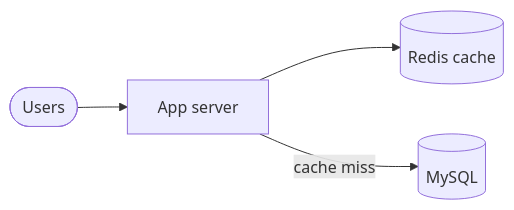
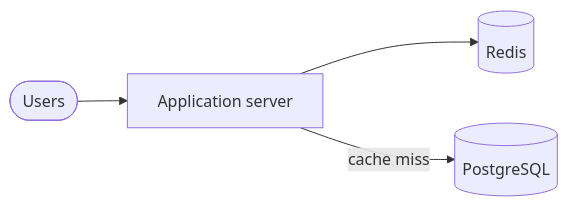
One commit to adnanrahin/adnanrahin.github.io changed the eighth of 11 diagrams in _system_design/scalability.md. Above: the diagram before and after it, drawn with Mermaid. The commit also changed other lines of this file and 3 other files, not shown here.

````diff
--- a/_system_design/scalability.md
+++ b/_system_design/scalability.md
@@ -285,6 +260,6 @@
 ```mermaid
 flowchart LR
-    Users([Users]) --> App[App server]
-    App --> Redis[(Redis cache)]
-    App -->|cache miss| MySQL[(MySQL)]
+    Diners([Users]) --> App[Application server]
+    App --> Redis[(Redis)]
+    App -->|cache miss| PG[(PostgreSQL)]
 ```
````
